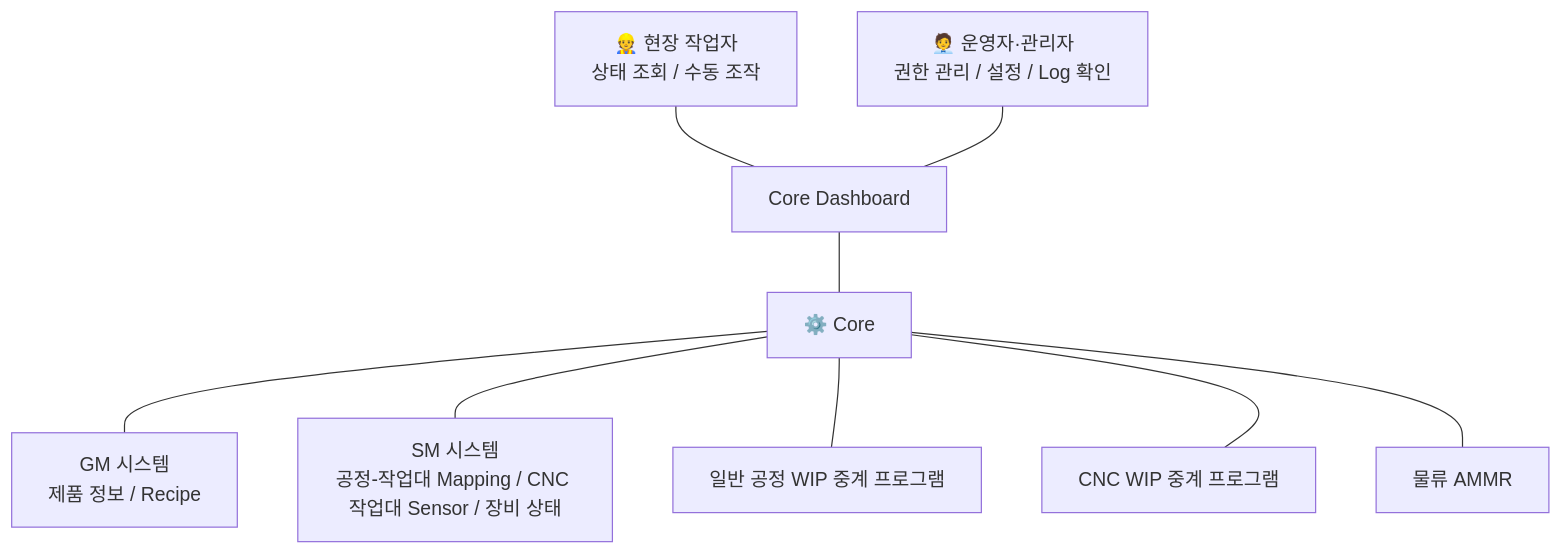
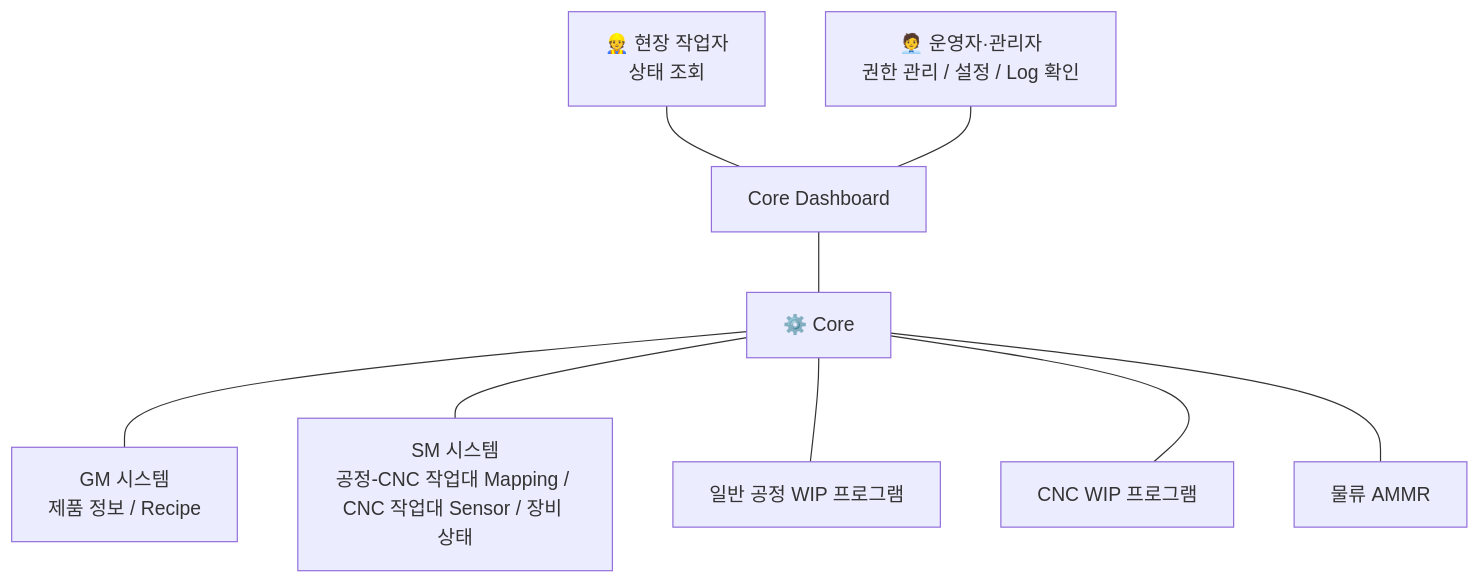
One commit to kimminsu0315/Core-Docs changed the first of 3 diagrams in docs/Core_SAD.md. Above: the diagram before and after it, drawn with Mermaid. The commit also changed other lines of this file and 7 other files, not shown here.

````diff
--- a/docs/Core_SAD.md
+++ b/docs/Core_SAD.md
@@ -167,29 +161,29 @@
 ```mermaid
 flowchart TB
-    Operator["👷 현장 작업자<br/>상태 조회 / 수동 조작"]
+    Operator["👷 현장 작업자<br/>상태 조회"]
     Admin["🧑‍💼 운영자·관리자<br/>권한 관리 / 설정 / Log 확인"]
 
     Core["⚙️ Core"]
 
     GM["GM 시스템<br/>제품 정보 / Recipe"]
-    SM["SM 시스템<br/>공정-작업대 Mapping / CNC 작업대 Sensor / 장비 상태"]
-    WIPGen["일반 공정 WIP 중계 프로그램"]
-    WIPRestack["CNC WIP 중계 프로그램"]
+    SM["SM 시스템<br/>공정-CNC 작업대 Mapping / CNC 작업대 Sensor / 장비 상태"]
+    WIPGen["일반 공정 WIP 프로그램"]
+    WIPRestack["CNC WIP 프로그램"]
     AMMR["물류 AMMR"]
     CoreDashboard["Core Dashboard"]
 
     Operator --- CoreDashboard
     Admin --- CoreDashboard
     CoreDashboard --- Core
 
     Core --- GM
     Core --- SM
     Core --- WIPGen
     WIPGen --- Core
     Core --- WIPRestack
     WIPRestack --- Core
     Core --- AMMR
 
     %% 레이아웃 고정용 (보이지 않는 링크) — 이 줄 없으면 WIP 박스 위치 깨짐
     linkStyle 5,7 stroke:transparent   
 ```
````
